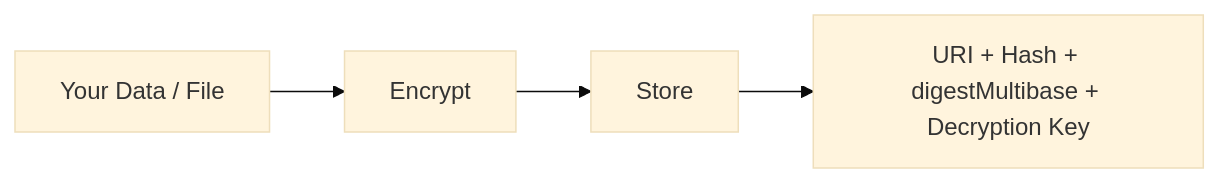
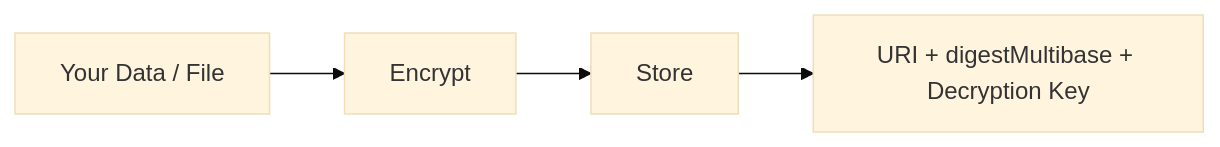
Before and after one commit to uncefact/project-storage-service: the second of 3 diagrams in documentation/docs/understanding/how-it-works/index.md, drawn with Mermaid (base theme). The commit also changed other lines of this file and 20 other files, not shown here.

````diff
--- a/documentation/docs/understanding/how-it-works/index.md
+++ b/documentation/docs/understanding/how-it-works/index.md
@@ -55,6 +55,6 @@
 ```mermaid
 flowchart LR
     A[Your Data / File] --> B[Encrypt]
     B --> C[Store]
-    C --> D[URI + Hash + digestMultibase + Decryption Key]
+    C --> D[URI + digestMultibase + Decryption Key]
 ```
````
